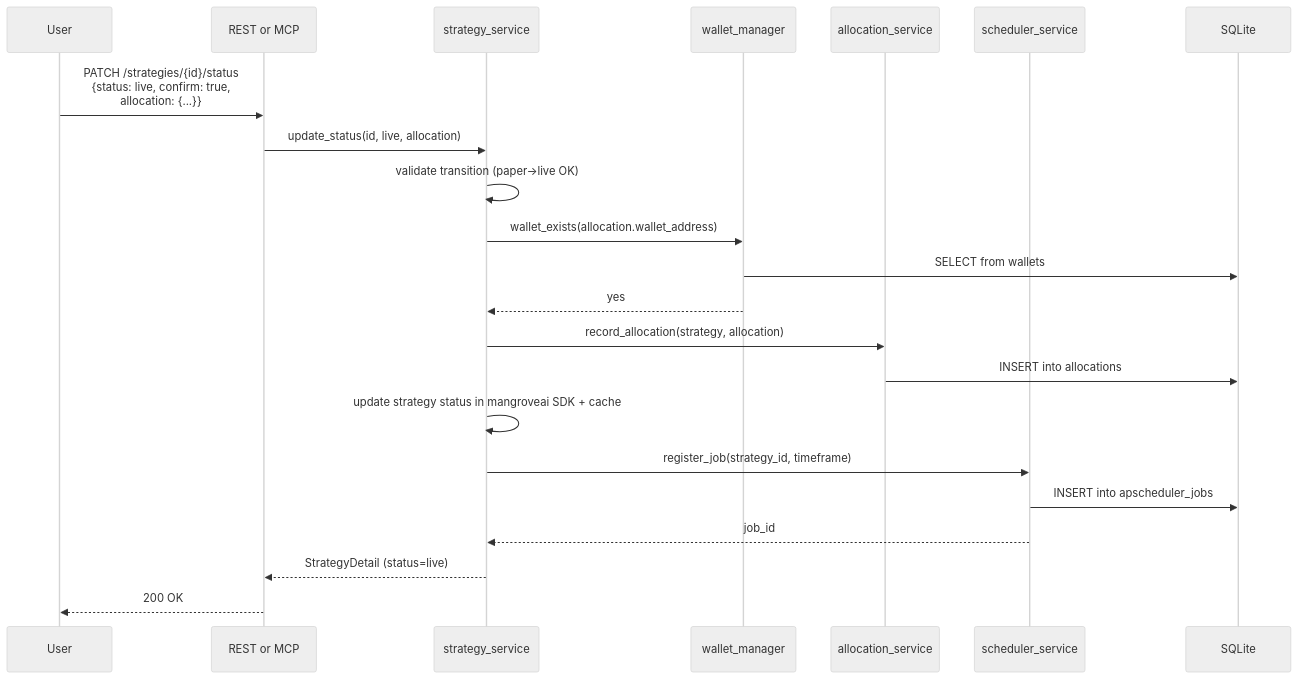
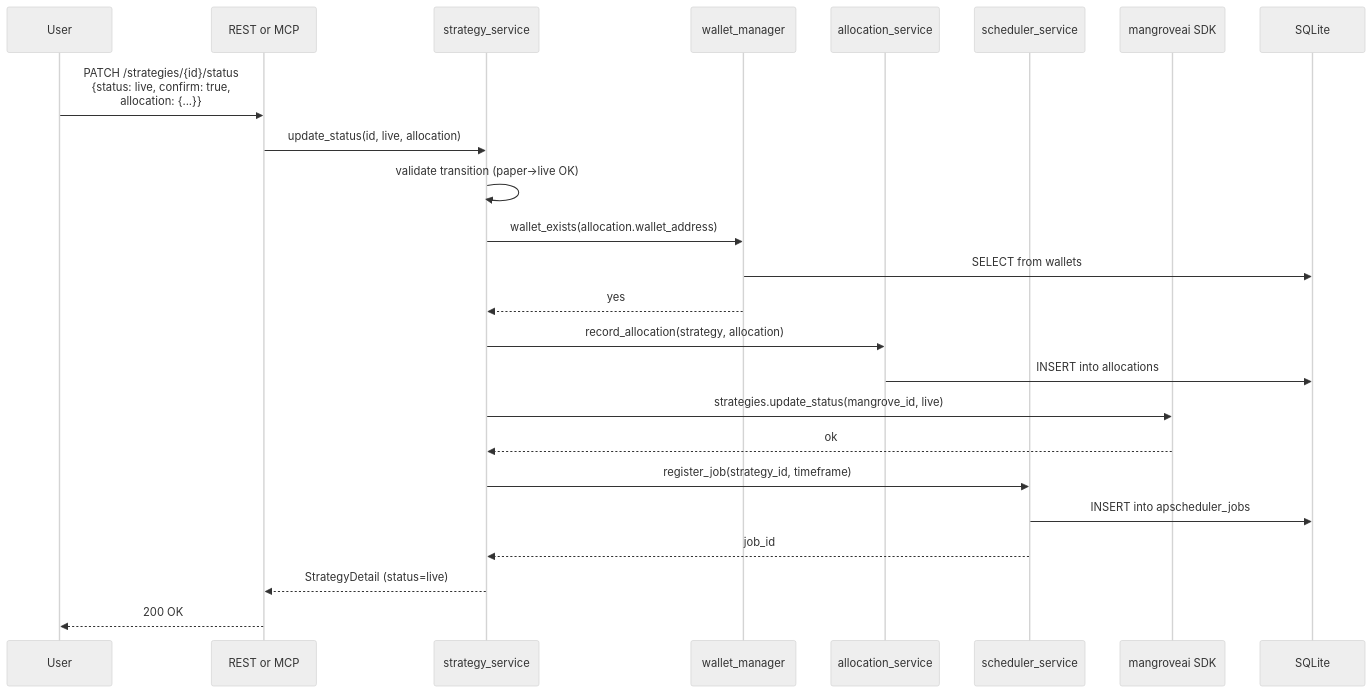
One commit to MangroveTechnologies/app-in-a-box changed the fifth of 9 diagrams in docs/architecture.md. Above: the diagram before and after it, drawn with Mermaid (neutral theme). The commit also changed other lines of this file and 1 other file, not shown here.

First line of the commit message:
architecture + spec: kill Cloud Run, use SDK for eval, drop Hank, use template config

````diff
--- a/docs/architecture.md
+++ b/docs/architecture.md
@@ -169,25 +172,27 @@
 ```mermaid
 sequenceDiagram
     participant U as User
     participant API as REST or MCP
     participant SS as strategy_service
     participant WM as wallet_manager
     participant AS as allocation_service
     participant SCH as scheduler_service
+    participant SDK as mangroveai SDK
     participant DB as SQLite
 
     U->>API: PATCH /strategies/{id}/status<br/>{status: live, confirm: true,<br/>allocation: {...}}
     API->>SS: update_status(id, live, allocation)
     SS->>SS: validate transition (paper→live OK)
     SS->>WM: wallet_exists(allocation.wallet_address)
     WM->>DB: SELECT from wallets
     WM-->>SS: yes
     SS->>AS: record_allocation(strategy, allocation)
     AS->>DB: INSERT into allocations
-    SS->>SS: update strategy status in mangroveai SDK + cache
+    SS->>SDK: strategies.update_status(mangrove_id, live)
+    SDK-->>SS: ok
     SS->>SCH: register_job(strategy_id, timeframe)
     SCH->>DB: INSERT into apscheduler_jobs
     SCH-->>SS: job_id
     SS-->>API: StrategyDetail (status=live)
     API-->>U: 200 OK
 ```
````
